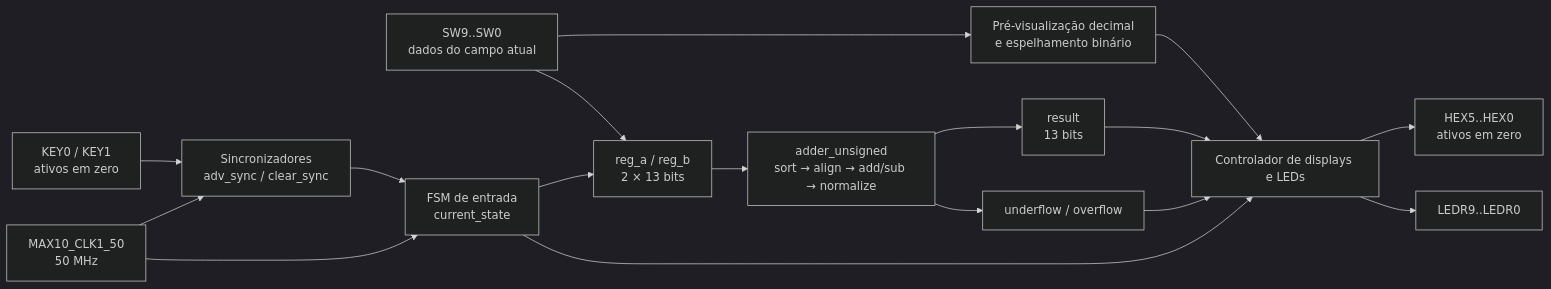
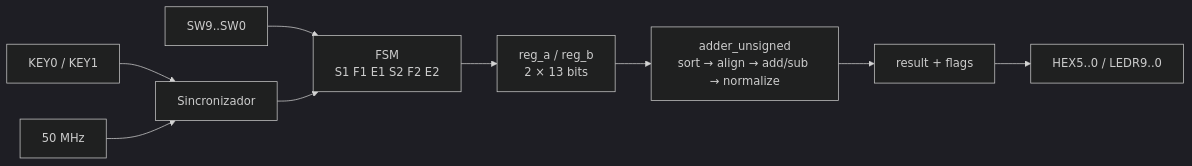
One commit to guiPython/de10-lite-fp-adder changed the first of 2 diagrams in docs/HARDWARE_DE10_LITE.md. Above: the diagram before and after it, drawn with Mermaid (dark theme). The commit also changed other lines of this file and 9 other files, not shown here.

````diff
--- a/docs/HARDWARE_DE10_LITE.md
+++ b/docs/HARDWARE_DE10_LITE.md
@@ -8,19 +5,11 @@
 ```mermaid
 flowchart LR
-    SW["SW9..SW0<br/>dados do campo atual"] --> UI["Pré-visualização decimal<br/>e espelhamento binário"]
-    SW --> REG["reg_a / reg_b<br/>2 × 13 bits"]
-    KEY["KEY0 / KEY1<br/>ativos em zero"] --> SYNC["Sincronizadores<br/>adv_sync / clear_sync"]
-    CLK["MAX10_CLK1_50<br/>50 MHz"] --> SYNC
-    CLK --> FSM["FSM de entrada<br/>current_state"]
+    SW["SW9..SW0"] --> FSM["FSM<br/>S1 F1 E1 S2 F2 E2"]
+    KEY["KEY0 / KEY1"] --> SYNC["Sincronizador"]
+    CLK["50 MHz"] --> SYNC
     SYNC --> FSM
-    FSM --> REG
-    REG --> ADDER["adder_unsigned<br/>sort → align → add/sub → normalize"]
-    ADDER --> RES["result<br/>13 bits"]
-    ADDER --> FLAGS["underflow / overflow"]
-    FSM --> DISP["Controlador de displays e LEDs"]
-    UI --> DISP
-    RES --> DISP
-    FLAGS --> DISP
-    DISP --> HEX["HEX5..HEX0<br/>ativos em zero"]
-    DISP --> LED["LEDR9..LEDR0"]
+    FSM --> REG["reg_a / reg_b<br/>2 × 13 bits"]
+    REG --> ADD["adder_unsigned<br/>sort → align → add/sub → normalize"]
+    ADD --> OUT["result + flags"]
+    OUT --> UI["HEX5..0 / LEDR9..0"]
 ```
````
